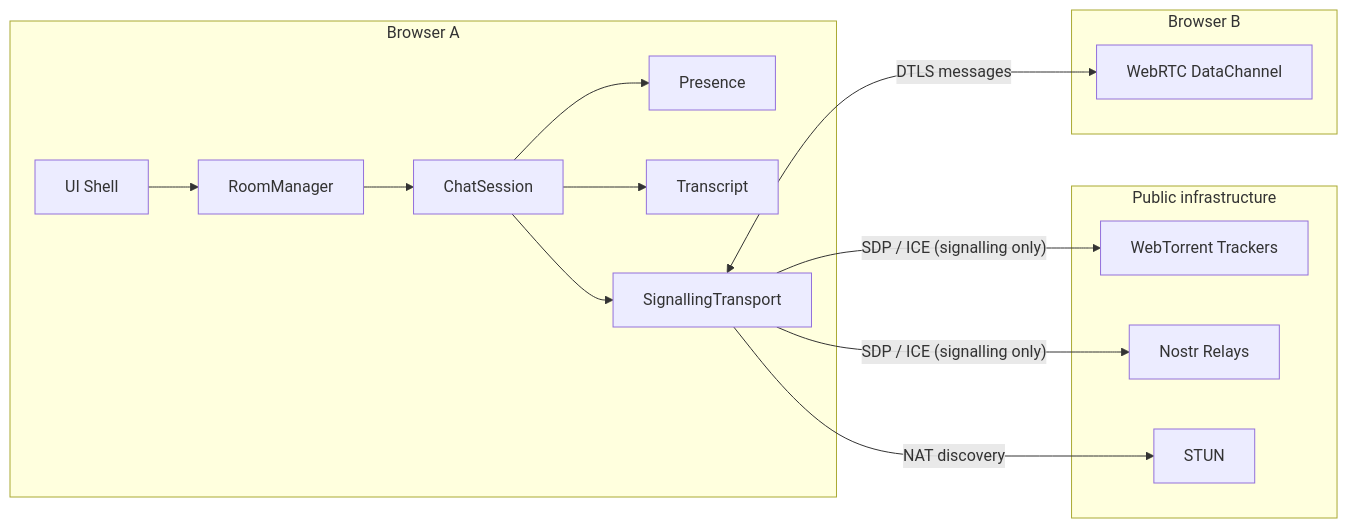
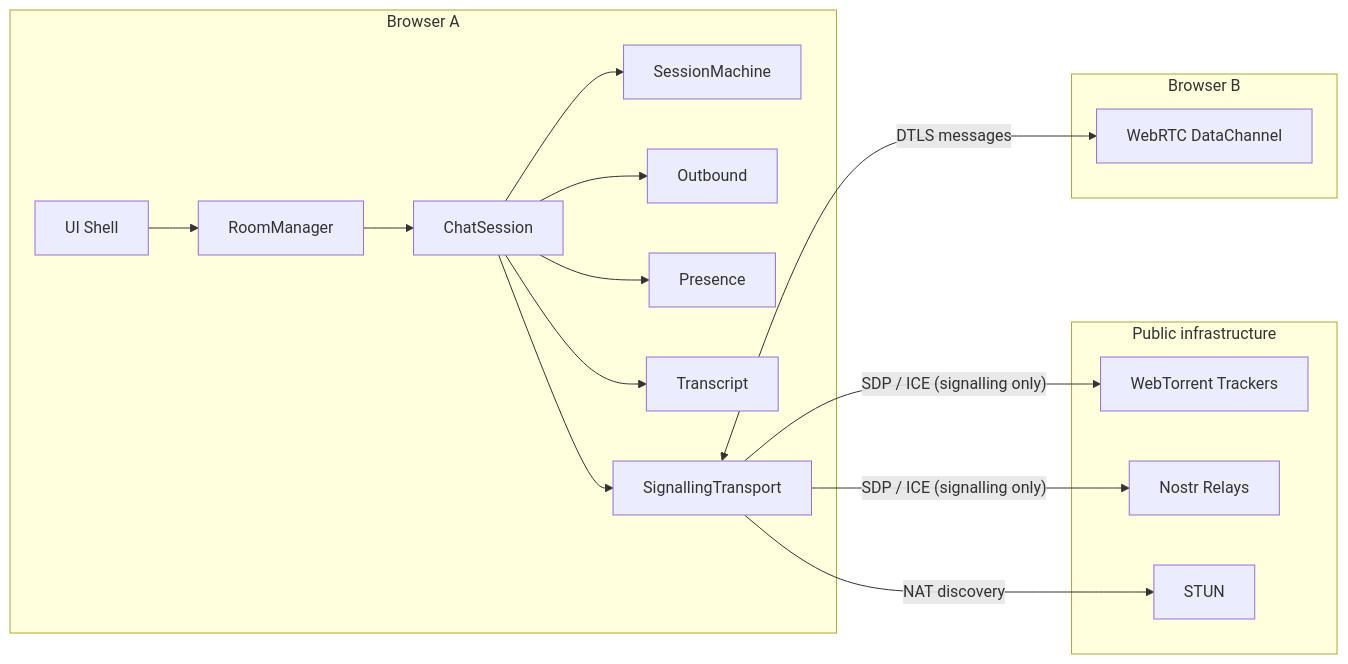
The diagram in README.md (Andyccr/ZenChat), drawn with Mermaid before and after one commit. The commit also changed other lines of this file and 29 other files, not shown here.

First line of the commit message:
Evolve session into a state machine with optional delivery acks

````diff
--- a/README.md
+++ b/README.md
@@ -13,31 +13,35 @@
 ```mermaid
 flowchart LR
   subgraph UA["Browser A"]
     UI[UI Shell]
     RM[RoomManager]
     CS[ChatSession]
+    SM[SessionMachine]
+    OB[Outbound]
     P[Presence]
     L[Transcript]
     TR[SignallingTransport]
   end
 
   subgraph Pub["Public infrastructure"]
     WT[WebTorrent Trackers]
     NS[Nostr Relays]
     STUN[STUN]
   end
 
   subgraph UB["Browser B"]
     DC[WebRTC DataChannel]
   end
 
   UI --> RM --> CS
+  CS --> SM[SessionMachine]
+  CS --> OB[Outbound]
   CS --> P[Presence]
   CS --> L[Transcript]
   CS --> TR
 
   TR -->|"SDP / ICE (signalling only)"| WT
   TR -->|"SDP / ICE (signalling only)"| NS
   TR -->|"NAT discovery"| STUN
   TR <-->|"DTLS messages"| DC
 ```
````
